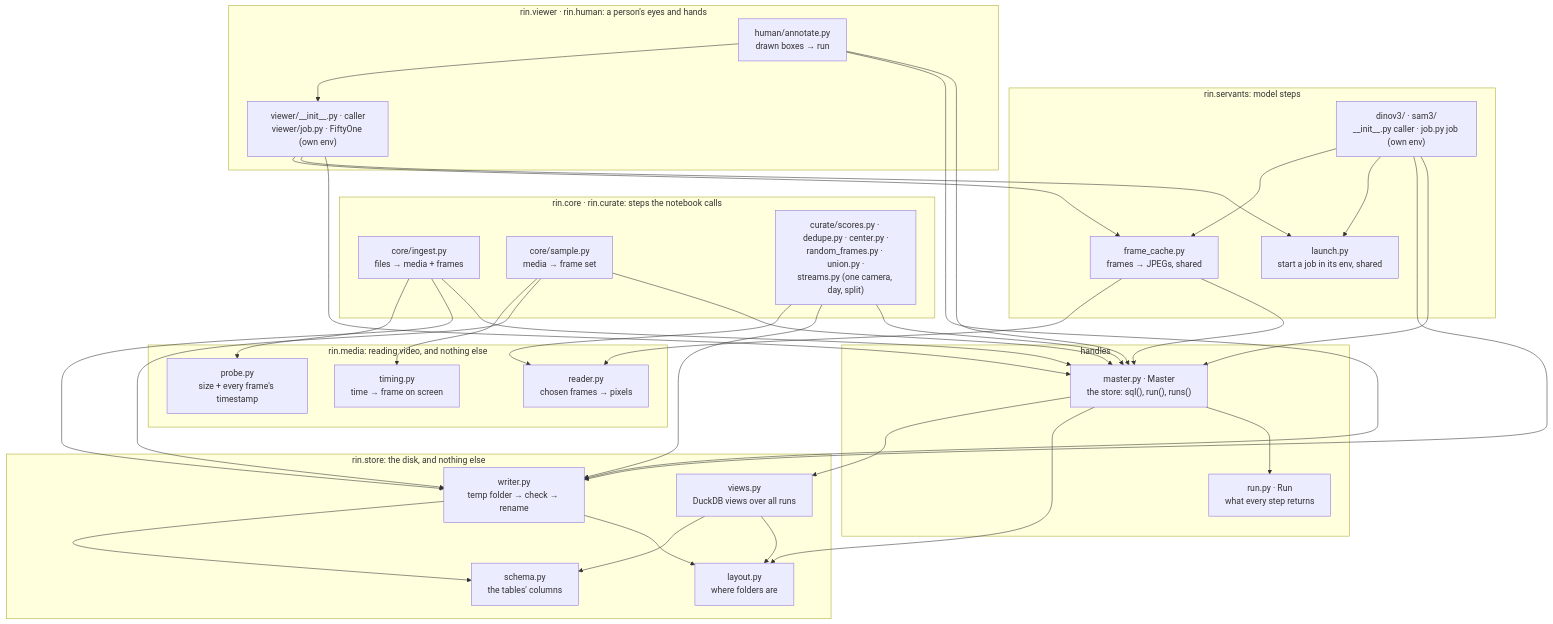
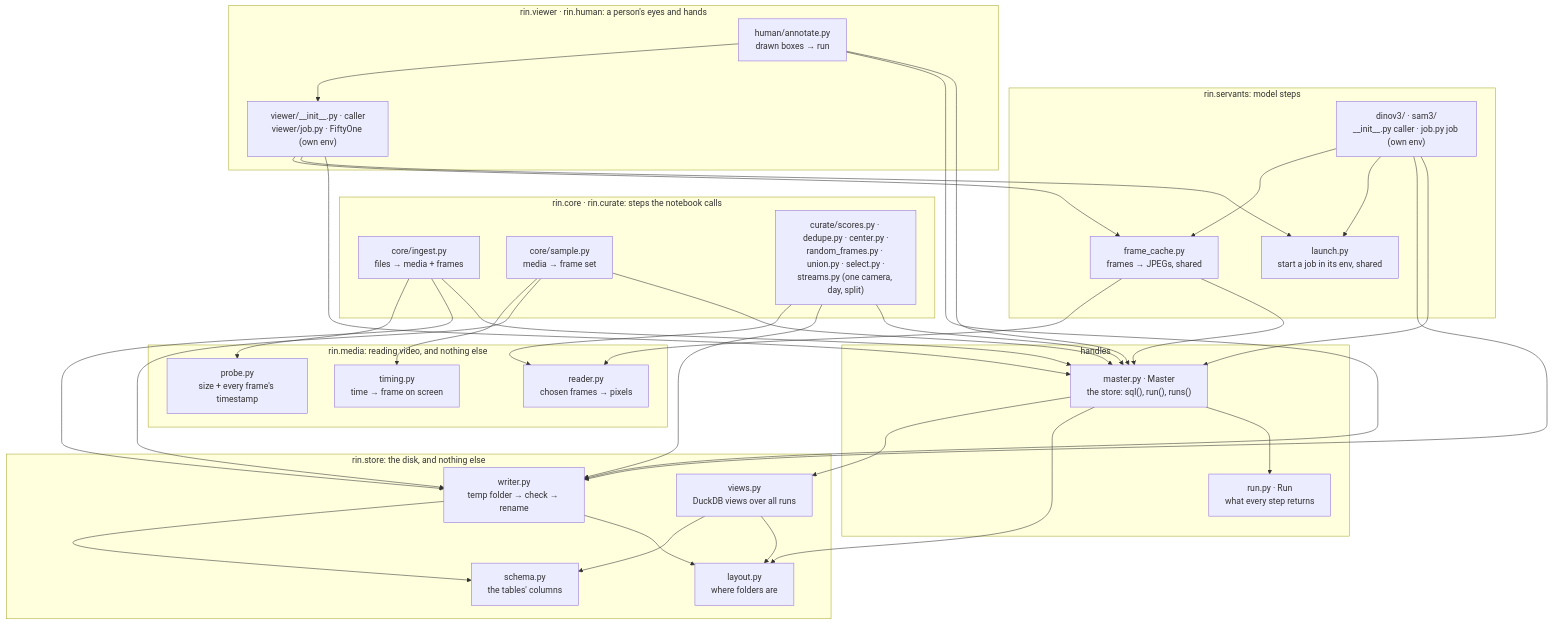
Before and after one commit to cupcakes04/Rin: the diagram in docs/core.md, drawn with Mermaid. The commit also changed other lines of this file and 20 other files, not shown here.

````diff
--- a/docs/core.md
+++ b/docs/core.md
@@ -91,43 +92,43 @@
 ```mermaid
 flowchart TB
     subgraph steps["rin.core · rin.curate: steps the notebook calls"]
       ING["core/ingest.py<br/>files → media + frames"]
       SAM["core/sample.py<br/>media → frame set"]
-      CUR["curate/scores.py · dedupe.py · center.py ·<br/>random_frames.py · union.py ·<br/>streams.py (one camera, day, split)"]
+      CUR["curate/scores.py · dedupe.py · center.py ·<br/>random_frames.py · union.py · select.py ·<br/>streams.py (one camera, day, split)"]
     end
     subgraph servants["rin.servants: model steps"]
       DIN["dinov3/ · sam3/<br/>__init__.py caller · job.py job (own env)"]
       FC["frame_cache.py<br/>frames → JPEGs, shared"]
       LAU["launch.py<br/>start a job in its env, shared"]
     end
     subgraph people["rin.viewer · rin.human: a person's eyes and hands"]
       VW["viewer/__init__.py · caller<br/>viewer/job.py · FiftyOne (own env)"]
       HU["human/annotate.py<br/>drawn boxes → run"]
     end
     subgraph handles["handles"]
       MAS["master.py · Master<br/>the store: sql(), run(), runs()"]
       RUN["run.py · Run<br/>what every step returns"]
     end
     subgraph store["rin.store: the disk, and nothing else"]
       LAY["layout.py<br/>where folders are"]
       SCH["schema.py<br/>the tables' columns"]
       WRI["writer.py<br/>temp folder → check → rename"]
       VIE["views.py<br/>DuckDB views over all runs"]
     end
     subgraph media["rin.media: reading video, and nothing else"]
       PRO["probe.py<br/>size + every frame's timestamp"]
       TIM["timing.py<br/>time → frame on screen"]
       REA["reader.py<br/>chosen frames → pixels"]
     end
     ING --> PRO & WRI & MAS
     SAM --> TIM & WRI & MAS
     CUR --> REA & WRI & MAS
     DIN --> FC & LAU & WRI & MAS
     VW --> FC & LAU & MAS
     HU --> VW & WRI & MAS
     FC --> REA & MAS
     MAS --> VIE & LAY
     MAS --> RUN
     WRI --> SCH & LAY
     VIE --> SCH & LAY
 ```
````
